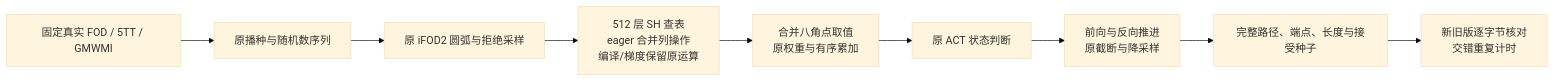
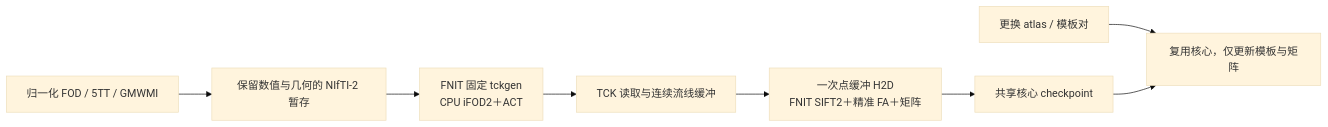
Before and after one commit to weikanggong1/Fudan-Neuroimaging-toolkit: the diagram in docs/connectome/TRACKING_PERFORMANCE_OPTIMIZATION.md, drawn with Mermaid (base theme). The commit also changed other lines of this file and 63 other files, not shown here.

````diff
--- a/docs/connectome/TRACKING_PERFORMANCE_OPTIMIZATION.md
+++ b/docs/connectome/TRACKING_PERFORMANCE_OPTIMIZATION.md
@@ -11,11 +11,10 @@
-~~~mermaid
+```mermaid
 flowchart LR
-    INPUT[固定真实 FOD / 5TT / GMWMI] --> SEED[原播种与随机数序列]
-    SEED --> ARC[原 iFOD2 圆弧与拒绝采样]
-    ARC --> SH[512 层 SH 查表<br/>eager 合并列操作<br/>编译/梯度保留原运算]
-    SH --> SAMPLE[合并八角点取值<br/>原权重与有序累加]
-    SAMPLE --> ACT[原 ACT 状态判断]
-    ACT --> GROW[前向与反向推进<br/>原截断与降采样]
-    GROW --> OUT[完整路径、端点、长度与接受种子]
-    OUT --> CHECK[新旧版逐字节核对<br/>交错重复计时]
-~~~
+    INPUT[归一化 FOD / 5TT / GMWMI] --> IO[保留数值与几何的 NIfTI-2 暂存]
+    IO --> NATIVE[FNIT 固定 tckgen<br/>CPU iFOD2＋ACT]
+    NATIVE --> TCK[TCK 读取与连续流线缓冲]
+    TCK --> GPU[一次点缓冲 H2D<br/>FNIT SIFT2＋精准 FA＋矩阵]
+    GPU --> CACHE[共享核心 checkpoint]
+    NEW[更换 atlas / 模板对] --> MATRIX[复用核心，仅更新模板与矩阵]
+    CACHE --> MATRIX
+```
````
